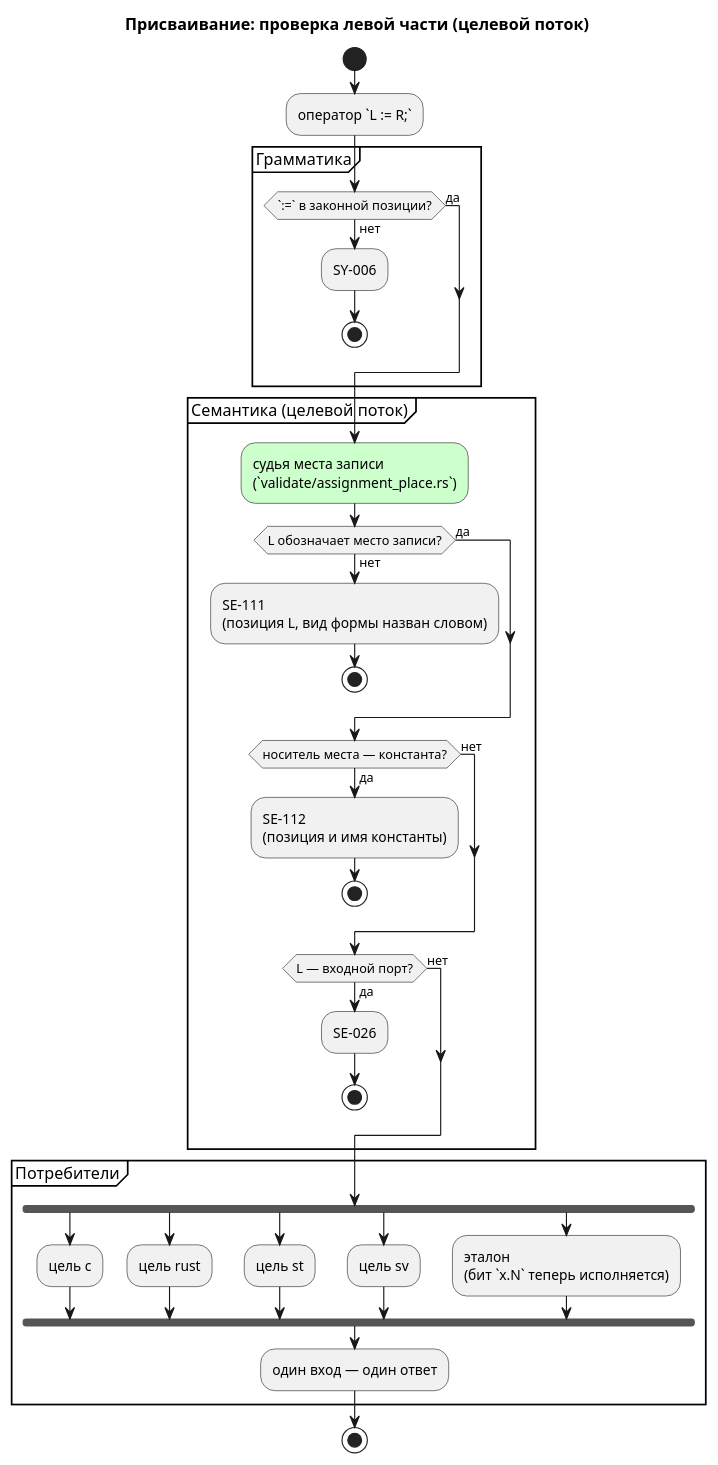
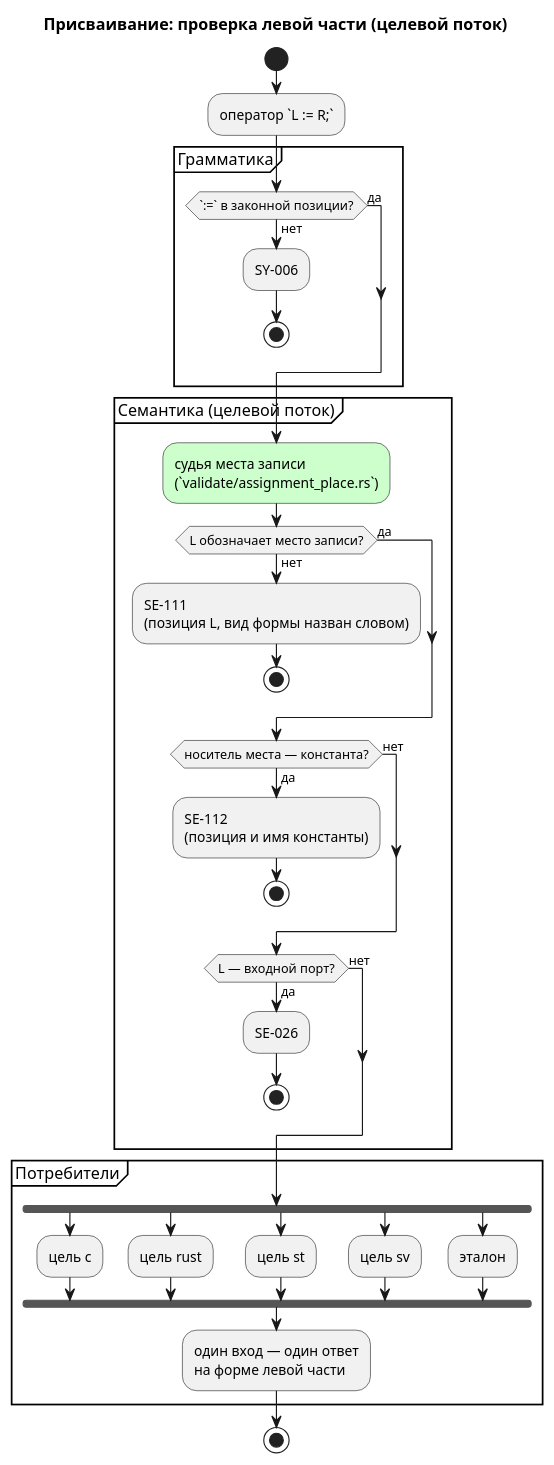
One commit to Pastor/Takt changed the second of 2 diagrams in docs/adr/0249-assign-to-call-place.md. Above: the diagram before and after it, drawn with PlantUML. The commit also changed other lines of this file and 21 other files, not shown here.

````diff
--- a/docs/adr/0249-assign-to-call-place.md
+++ b/docs/adr/0249-assign-to-call-place.md
@@ -140,51 +153,51 @@
 ```plantuml
 @startuml
 title Присваивание: проверка левой части (целевой поток)
 
 start
 :оператор `L := R;`;
 
 partition "Грамматика" {
   if (`:=` в законной позиции?) then (нет)
     :SY-006;
     stop
   else (да)
   endif
 }
 
 partition "Семантика (целевой поток)" {
   #ccffcc:судья места записи\n(`validate/assignment_place.rs`);
   if (L обозначает место записи?) then (нет)
     :SE-111\n(позиция L, вид формы назван словом);
     stop
   else (да)
   endif
   if (носитель места — константа?) then (да)
     :SE-112\n(позиция и имя константы);
     stop
   else (нет)
   endif
   if (L — входной порт?) then (да)
     :SE-026;
     stop
   else (нет)
   endif
 }
 
 partition "Потребители" {
   fork
     :цель c;
   fork again
     :цель rust;
   fork again
     :цель st;
   fork again
     :цель sv;
   fork again
-    :эталон\n(бит `x.N` теперь исполняется);
+    :эталон;
   end fork
-  :один вход — один ответ;
+  :один вход — один ответ\nна форме левой части;
 }
 stop
 @enduml
 ```
````
